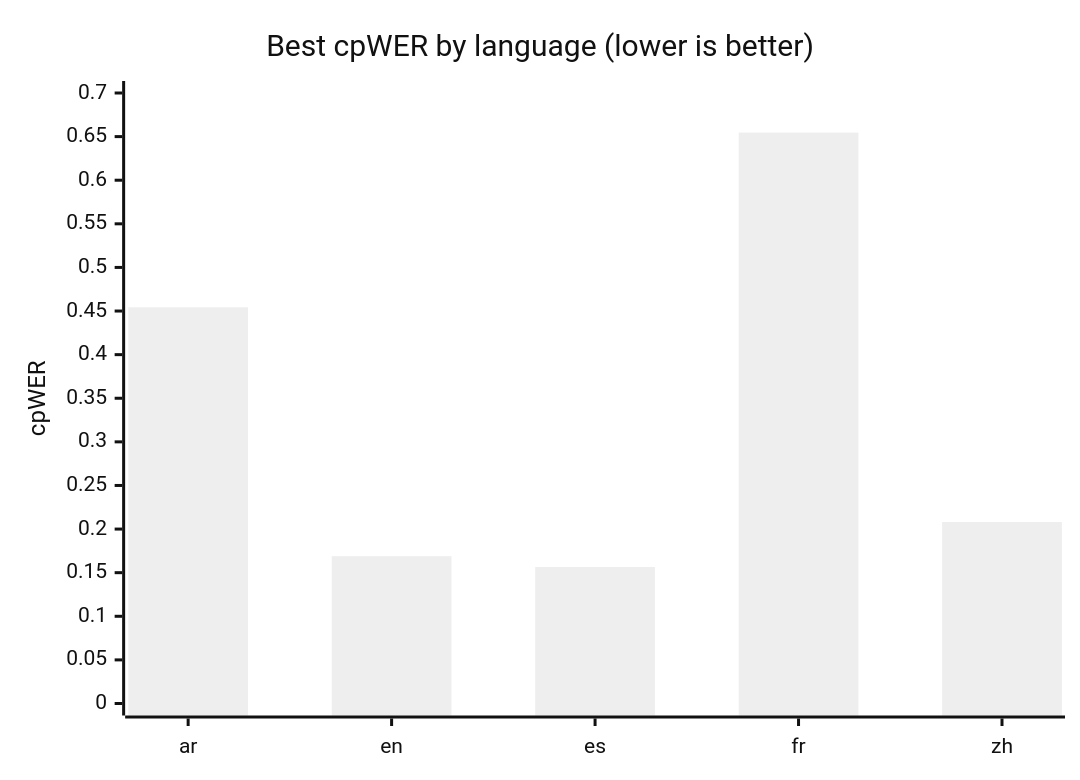
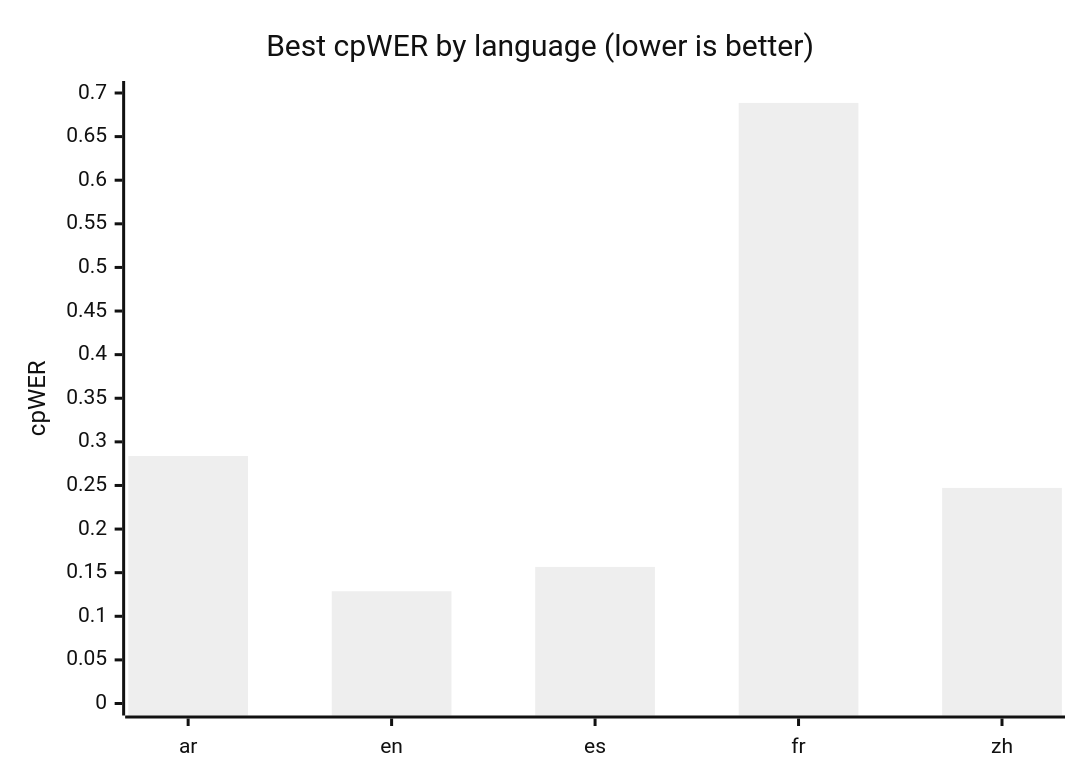
One commit to nkhaloo/speech-stack-benchmark changed the fifth of 5 diagrams in docs/results.md. Above: the diagram before and after it, drawn with Mermaid (neutral theme). The commit also changed other lines of this file and 2 other files, not shown here.

````diff
--- a/docs/results.md
+++ b/docs/results.md
@@ -240,7 +264,7 @@
 ```mermaid
 xychart-beta
     title "Best cpWER by language (lower is better)"
     x-axis ["ar", "en", "es", "fr", "zh"]
     y-axis "cpWER" 0 --> 0.7
-    bar [0.4543, 0.1689, 0.1565, 0.6546, 0.2081]
+    bar [0.2838, 0.1287, 0.1566, 0.6886, 0.2472]
 ```
````
